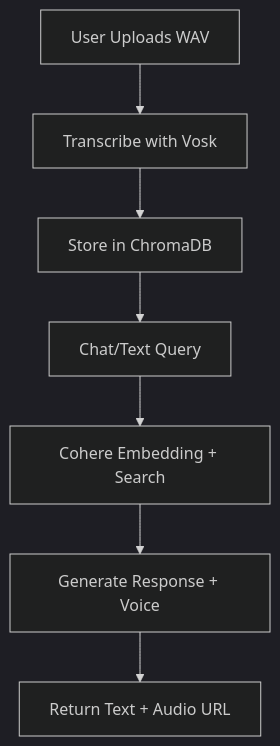
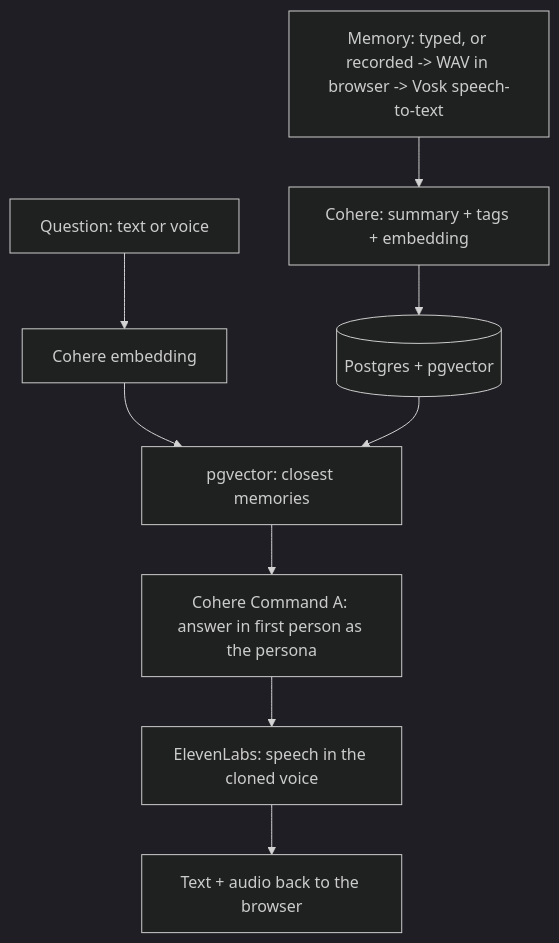
The diagram in README.md (ArpitMakkar12/SwarSmriti), drawn with Mermaid (dark theme) before and after one commit. The commit also changed other lines of this file, not shown here.

Commit message:
Update README for the new architecture and deploy steps

````diff
--- a/README.md
+++ b/README.md
@@ -167,9 +19,11 @@
 ```mermaid
 graph TD;
-A[User Uploads WAV] --> B[Transcribe with Vosk];
-B --> C[Store in ChromaDB];
-C --> D[Chat/Text Query];
-D --> E[Cohere Embedding + Search];
-E --> F[Generate Response + Voice];
-F --> G[Return Text + Audio URL];
+A[Memory: typed, or recorded -> WAV in browser -> Vosk speech-to-text] --> B[Cohere: summary + tags + embedding];
+B --> C[(Postgres + pgvector)];
+D[Question: text or voice] --> E[Cohere embedding];
+E --> F[pgvector: closest memories];
+C --> F;
+F --> G[Cohere Command A: answer in first person as the persona];
+G --> H[ElevenLabs: speech in the cloned voice];
+H --> I[Text + audio back to the browser];
 ```
````
